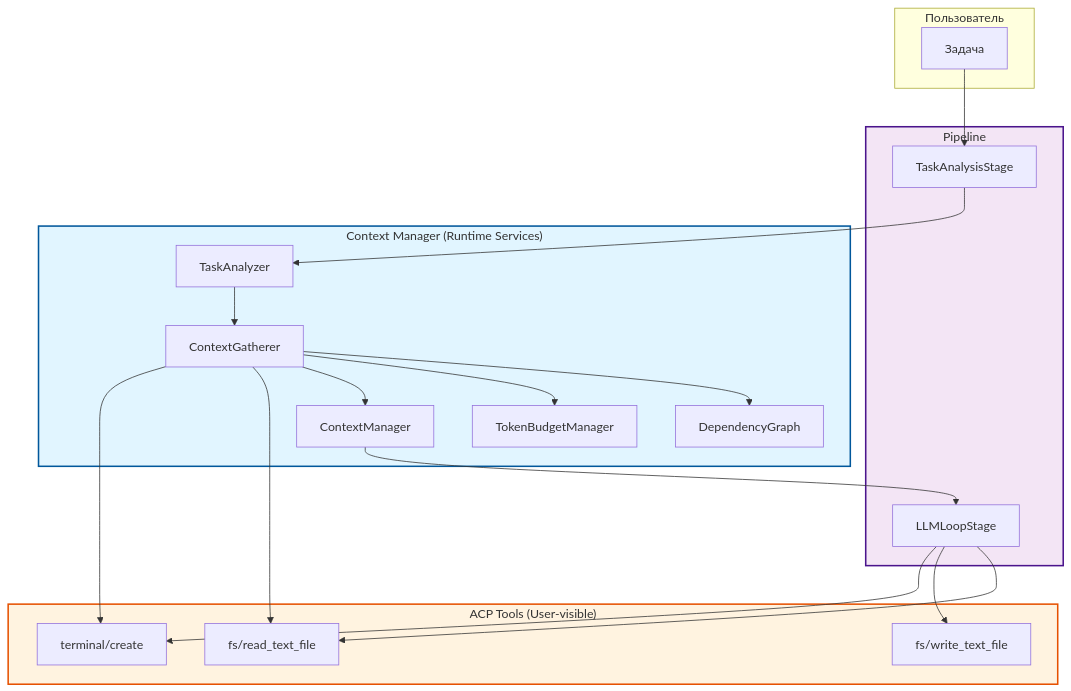
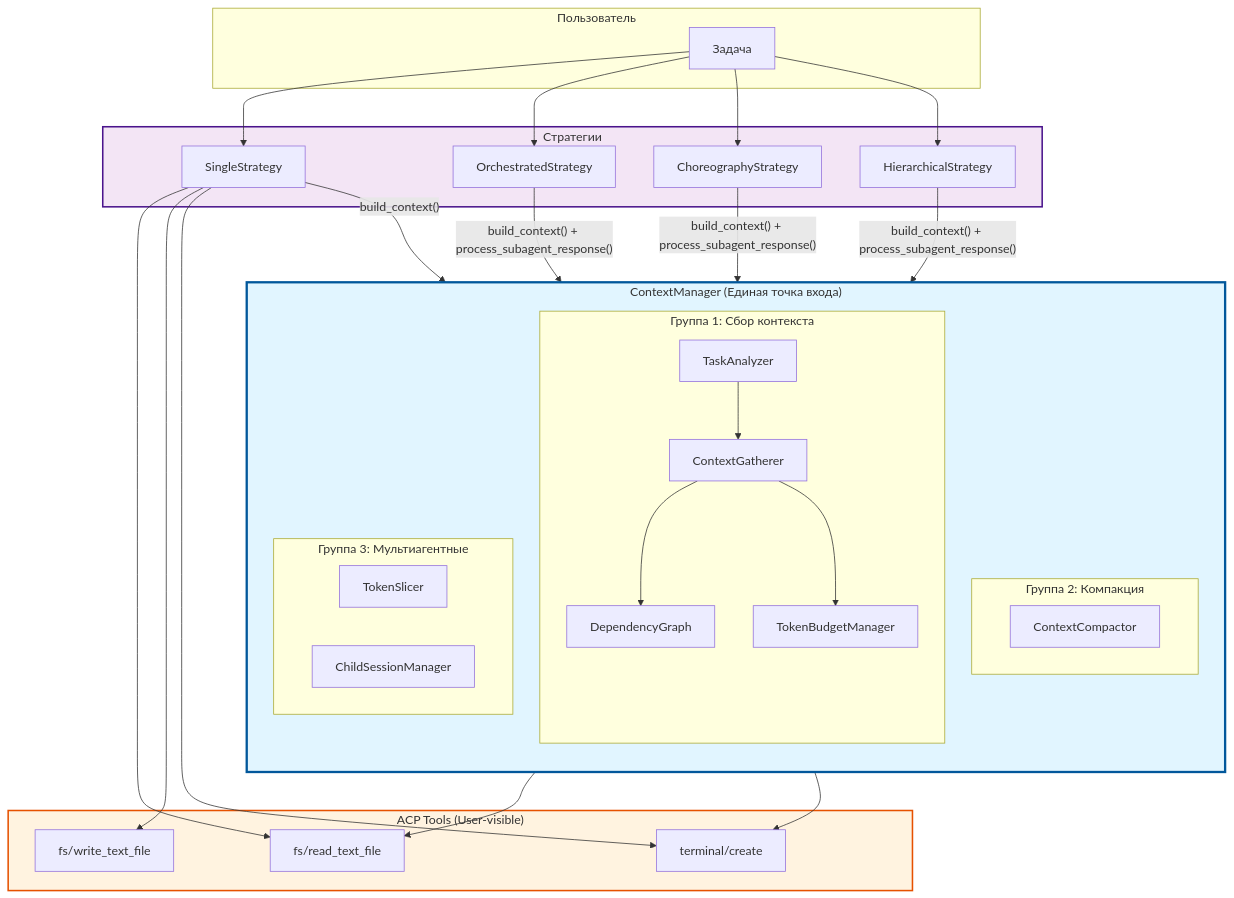
The first of 3 diagrams in doc/internals/context-manager/ARCHITECTURE.md (pese-git/codelab-agent), drawn with Mermaid before and after one commit. The commit also changed other lines of this file and 3 other files, not shown here.

First line of the commit message:
docs: обновлена архитектура Context Manager — единая точка входа для всех стратегий

````diff
--- a/doc/internals/context-manager/ARCHITECTURE.md
+++ b/doc/internals/context-manager/ARCHITECTURE.md
@@ -329,44 +409,61 @@
 ```mermaid
 graph TB
     subgraph User["Пользователь"]
         Task[Задача]
     end
 
-    subgraph Pipeline["Pipeline"]
-        TaskAnalysis[TaskAnalysisStage]
-        LLMLoop[LLMLoopStage]
+    subgraph Strategies["Стратегии"]
+        Single[SingleStrategy]
+        Orchestrated[OrchestratedStrategy]
+        Choreography[ChoreographyStrategy]
+        Hierarchical[HierarchicalStrategy]
     end
 
-    subgraph ContextManager["Context Manager (Runtime Services)"]
-        TA[TaskAnalyzer]
-        CG[ContextGatherer]
-        DG[DependencyGraph]
-        TB[TokenBudgetManager]
-        CM[ContextManager]
+    subgraph ContextManager["ContextManager (Единая точка входа)"]
+        direction TB
+        subgraph "Группа 1: Сбор контекста"
+            TA[TaskAnalyzer]
+            CG[ContextGatherer]
+            DG[DependencyGraph]
+            TB[TokenBudgetManager]
+        end
+        subgraph "Группа 2: Компакция"
+            CC[ContextCompactor]
+        end
+        subgraph "Группа 3: Мультиагентные"
+            TS[TokenSlicer]
+            CSM[ChildSessionManager]
+        end
     end
 
     subgraph ACPTtools["ACP Tools (User-visible)"]
         FS_Read[fs/read_text_file]
         FS_Write[fs/write_text_file]
         Terminal[terminal/create]
     end
 
-    Task --> TaskAnalysis
-    TaskAnalysis --> TA
+    Task --> Single
+    Task --> Orchestrated
+    Task --> Choreography
+    Task --> Hierarchical
+
+    Single -->|"build_context()"| ContextManager
+    Orchestrated -->|"build_context() + process_subagent_response()"| ContextManager
+    Choreography -->|"build_context() + process_subagent_response()"| ContextManager
+    Hierarchical -->|"build_context() + process_subagent_response()"| ContextManager
+
     TA --> CG
     CG --> DG
     CG --> TB
-    CG --> CM
-    CM --> LLMLoop
     
     CG --> FS_Read
     CG --> Terminal
     
-    LLMLoop --> FS_Read
-    LLMLoop --> FS_Write
-    LLMLoop --> Terminal
+    Single --> FS_Read
+    Single --> FS_Write
+    Single --> Terminal
 
-    style ContextManager fill:#e1f5ff,stroke:#01579b,stroke-width:2px
+    style ContextManager fill:#e1f5ff,stroke:#01579b,stroke-width:3px
     style ACPTtools fill:#fff3e0,stroke:#e65100,stroke-width:2px
-    style Pipeline fill:#f3e5f5,stroke:#4a148c,stroke-width:2px
+    style Strategies fill:#f3e5f5,stroke:#4a148c,stroke-width:2px
 ```
````
